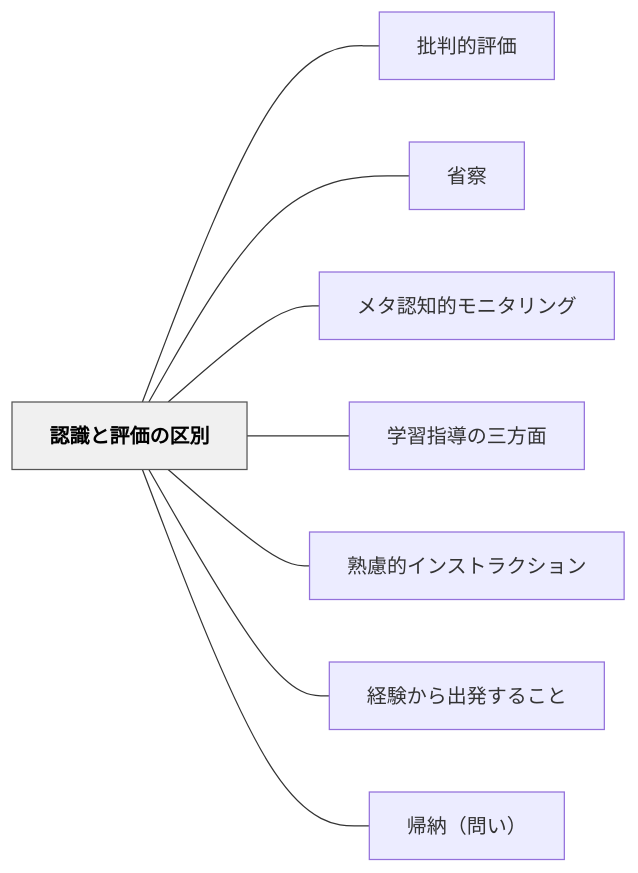
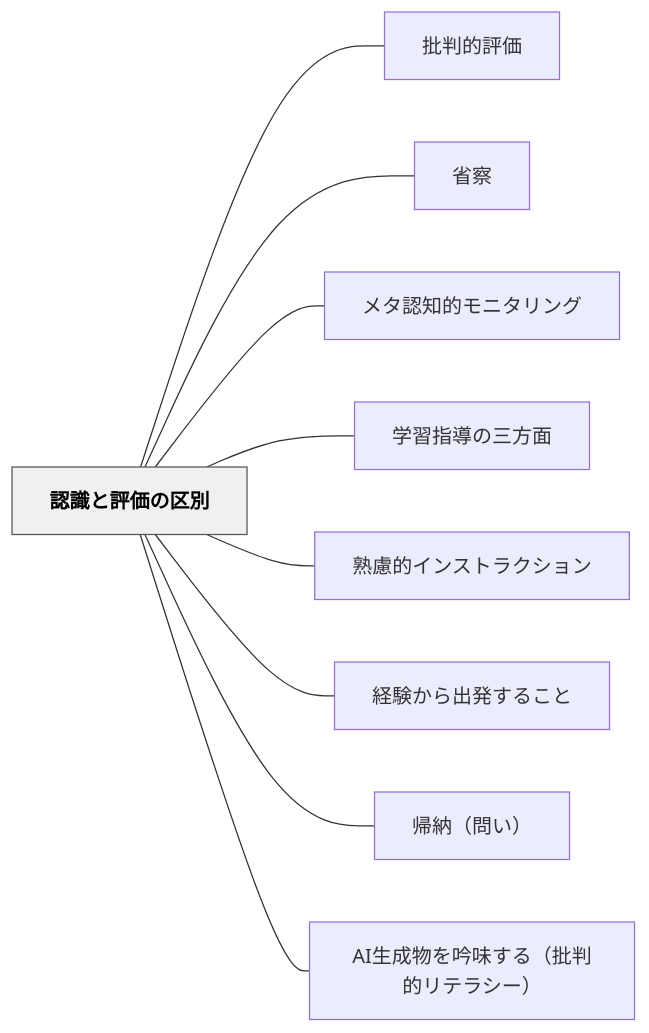
Before and after one commit to unknownthings-ed-patterns/unknownthings-ed-patterns: the diagram in content/パタン/認識と評価の区別.md, drawn with Mermaid. The commit also changed other lines of this file and 20 other files, not shown here.

````diff
--- a/content/パタン/認識と評価の区別.md
+++ b/content/パタン/認識と評価の区別.md
@@ -111,22 +112,24 @@
 ```mermaid
 flowchart LR
     ne8aa8de8ad98e381a8e8a995e4bea1e381aee58cbae588a5["認識と評価の区別"]
     ne689b9e588a4e79a84e8a995e4bea1["批判的評価"]
     ne79c81e5af9f["省察"]
     ne383a1e382bfe8aa8de79fa5e79a84e383a2e3838be382bfe383aae383b3e382b0["メタ認知的モニタリング"]
     ne5ada6e7bf92e68c87e5b08ee381aee4b889e696b9e99da2["学習指導の三方面"]
     ne7869fe685aee79a84e382a4e383b3e382b9e38388e383a9e382afe382b7e383a7e383b3["熟慮的インストラクション"]
     ne7b58ce9a893e3818be38289e587bae799bae38199e3828be38193e381a8["経験から出発すること"]
     ne5b8b0e7b48defbc88e5958fe38184efbc89["帰納（問い）"]
+    n4149e7949fe68890e789a9e38292e5909fe591b3e38199e3828befbc88e689b9e588a4e79a84e383aae38386e383a9e382b7e383bcefbc89["AI生成物を吟味する（批判的リテラシー）"]
 
     ne8aa8de8ad98e381a8e8a995e4bea1e381aee58cbae588a5 --- ne689b9e588a4e79a84e8a995e4bea1
     ne8aa8de8ad98e381a8e8a995e4bea1e381aee58cbae588a5 --- ne79c81e5af9f
     ne8aa8de8ad98e381a8e8a995e4bea1e381aee58cbae588a5 --- ne383a1e382bfe8aa8de79fa5e79a84e383a2e3838be382bfe383aae383b3e382b0
     ne8aa8de8ad98e381a8e8a995e4bea1e381aee58cbae588a5 --- ne5ada6e7bf92e68c87e5b08ee381aee4b889e696b9e99da2
     ne8aa8de8ad98e381a8e8a995e4bea1e381aee58cbae588a5 --- ne7869fe685aee79a84e382a4e383b3e382b9e38388e383a9e382afe382b7e383a7e383b3
     ne8aa8de8ad98e381a8e8a995e4bea1e381aee58cbae588a5 --- ne7b58ce9a893e3818be38289e587bae799bae38199e3828be38193e381a8
     ne8aa8de8ad98e381a8e8a995e4bea1e381aee58cbae588a5 --- ne5b8b0e7b48defbc88e5958fe38184efbc89
+    ne8aa8de8ad98e381a8e8a995e4bea1e381aee58cbae588a5 --- n4149e7949fe68890e789a9e38292e5909fe591b3e38199e3828befbc88e689b9e588a4e79a84e383aae38386e383a9e382b7e383bcefbc89
 
     classDef hub fill:#f0f0f0,stroke:#555,color:#000,font-weight:bold
     class ne8aa8de8ad98e381a8e8a995e4bea1e381aee58cbae588a5 hub
 ```
````
